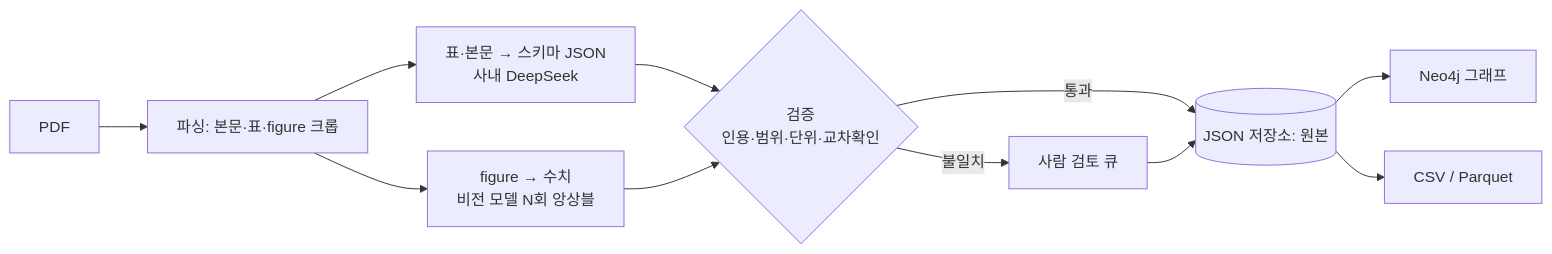
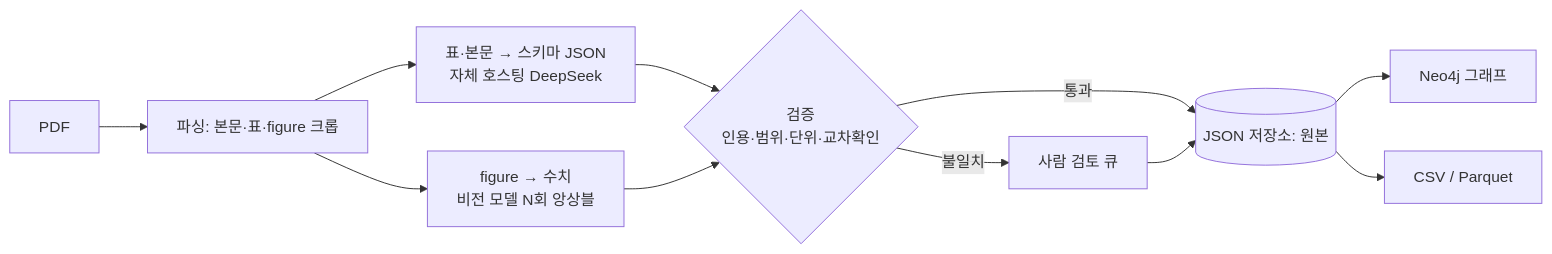
Before and after one commit to Gubonwook/memo: the first of 2 diagrams in ald-extraction/report.md, drawn with Mermaid. The commit also changed other lines of this file and 21 other files, not shown here.

````diff
--- a/ald-extraction/report.md
+++ b/ald-extraction/report.md
@@ -56,12 +56,12 @@
 ```mermaid
 flowchart LR
   A[PDF] --> B[파싱: 본문·표·figure 크롭]
-  B --> C1[표·본문 → 스키마 JSON<br/>사내 DeepSeek]
+  B --> C1[표·본문 → 스키마 JSON<br/>자체 호스팅 DeepSeek]
   B --> C2[figure → 수치<br/>비전 모델 N회 앙상블]
   C1 --> D{검증<br/>인용·범위·단위·교차확인}
   C2 --> D
   D -- 통과 --> E[(JSON 저장소: 원본)]
   D -- 불일치 --> H[사람 검토 큐] --> E
   E --> F[Neo4j 그래프]
   E --> G[CSV / Parquet]
 ```
````
